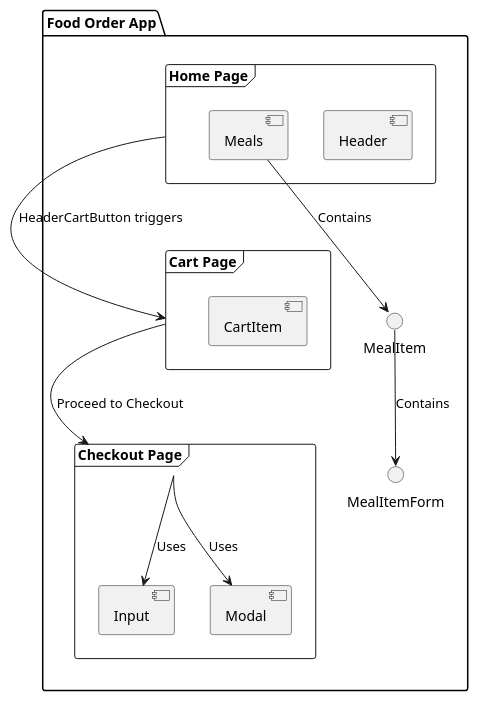
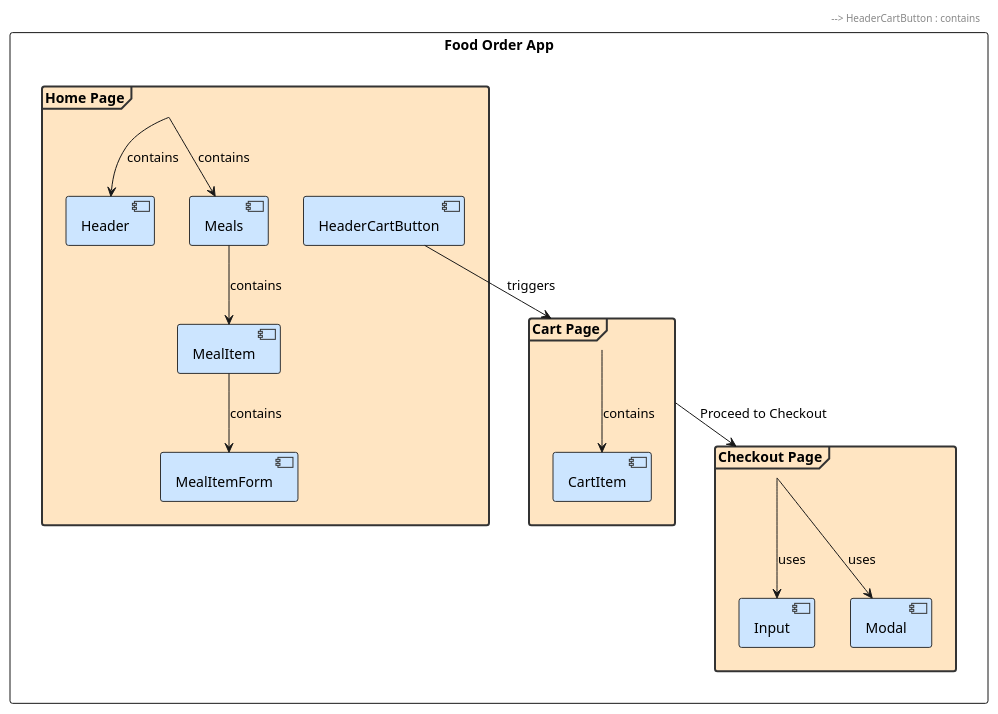
Before and after one commit to umshere/food-order-app: the second of 2 diagrams in userflo.md, drawn with PlantUML.

````diff
--- a/userflo.md
+++ b/userflo.md
@@ -38,26 +38,62 @@
 ```plantuml
 @startuml
+' --- Some optional styling to mimic "page" vs. "component" colors ---
+skinparam packageStyle rect
+skinparam componentStyle rect
+
+' Lighter orange for pages, lighter blue for components
+skinparam frame {
+    BackgroundColor #FFE5C2
+    BorderColor #333
+    BorderThickness 2
+}
+skinparam component {
+    BackgroundColor #CCE5FF
+    BorderColor #333
+    BorderThickness 1
+}
+
 package "Food Order App" {
+
+    ' --- HOME PAGE ---
     frame "Home Page" as Home {
-        component Header
-        component Meals
+        component "Header" as Header
+        component "Meals" as Meals
+        component "MealItem" as MealItem
+        component "MealItemForm" as MealItemForm
+        component "HeaderCartButton" as HeaderCartButton
     }
 
+    ' --- CART PAGE ---
     frame "Cart Page" as Cart {
-        component CartItem
+        component "CartItem" as CartItem
     }
 
+    ' --- CHECKOUT PAGE ---
     frame "Checkout Page" as Checkout {
-        component Input
-        component Modal
+        component "Input" as Input
+        component "Modal" as Modal
     }
 
-    Home --> Cart : HeaderCartButton triggers
+    ' --- RELATIONSHIPS ---
+    ' Show "contains" for the UI structure
+    Home --> Header : contains
+    Home --> Meals : contains
+    Meals --> MealItem : contains
+    MealItem --> MealItemForm : contains
+    Header --> HeaderCartButton : contains
+
+    ' Show "triggers" from the HeaderCartButton to Cart
+    HeaderCartButton --> Cart : triggers
+
+    ' Cart to Checkout
+    Cart --> CartItem : contains
     Cart --> Checkout : Proceed to Checkout
-    Meals --> MealItem : Contains
-    MealItem --> MealItemForm : Contains
-    Checkout --> Input : Uses
-    Checkout --> Modal : Uses
+
+    ' Checkout uses Input and Modal
+    Checkout --> Input : uses
+    Checkout --> Modal : uses
 }
 @enduml
+
 ```
````
